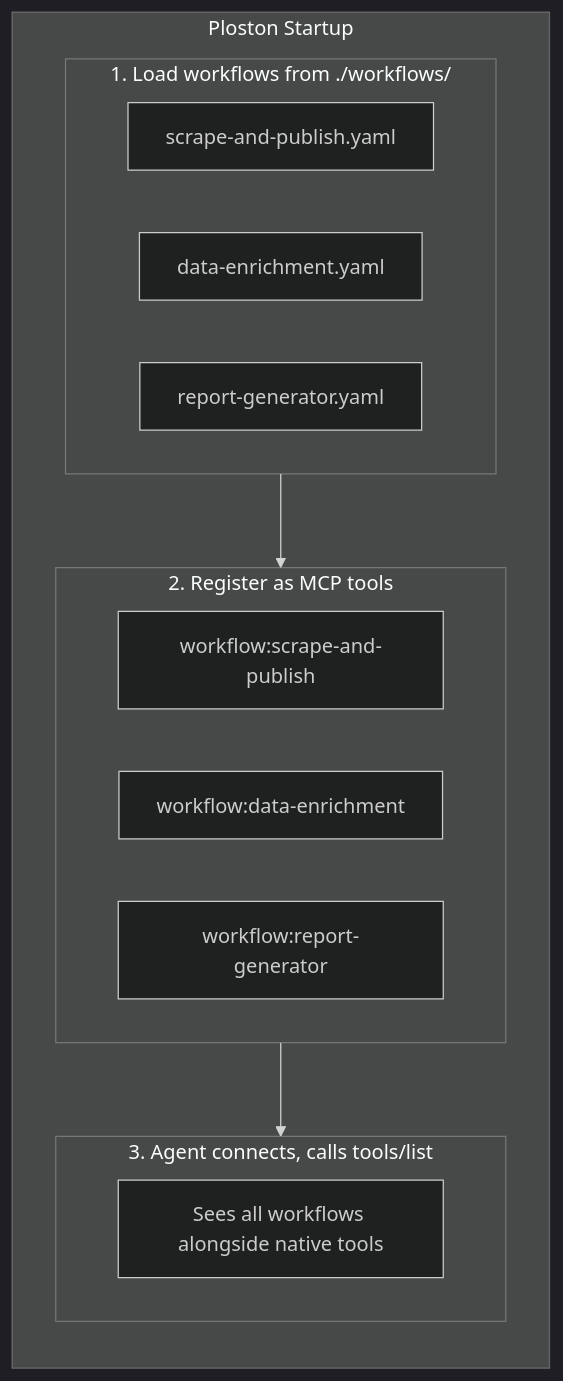
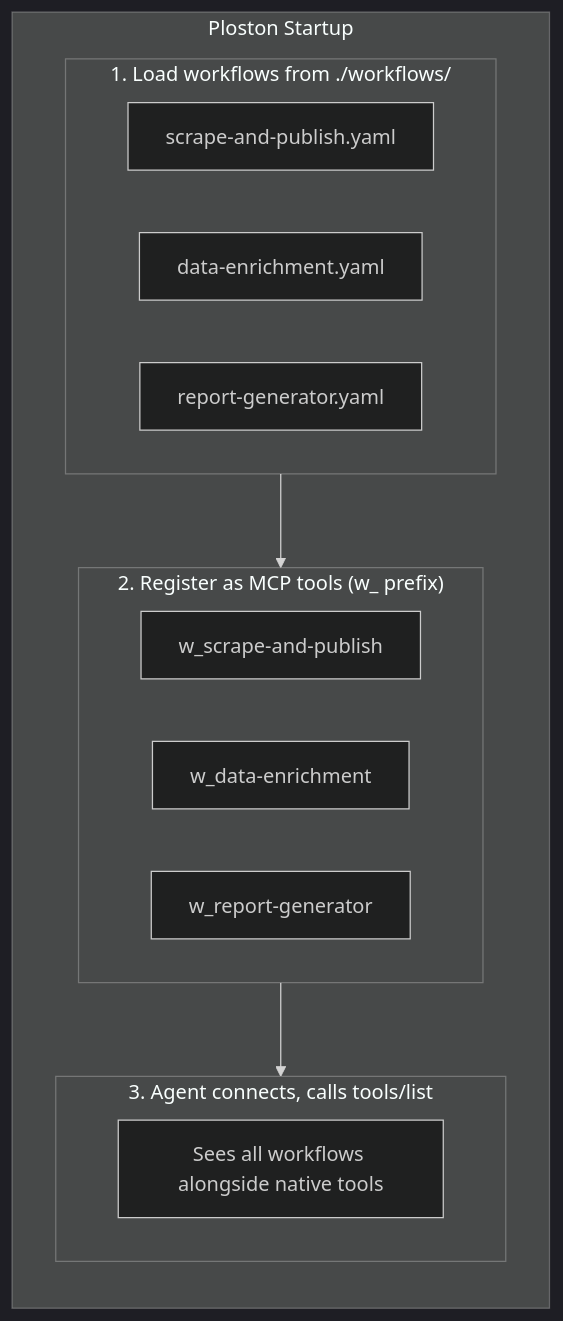
One commit to ostanlabs/ael_documentation changed the first of 2 diagrams in docs/concepts/workflows-as-tools.md. Above: the diagram before and after it, drawn with Mermaid (dark theme). The commit also changed other lines of this file and 20 other files, not shown here.

````diff
--- a/docs/concepts/workflows-as-tools.md
+++ b/docs/concepts/workflows-as-tools.md
@@ -17,24 +17,24 @@
 ```mermaid
 flowchart TB
     subgraph Startup["Ploston Startup"]
         direction TB
 
         subgraph Load["1. Load workflows from ./workflows/"]
             W1["scrape-and-publish.yaml"]
             W2["data-enrichment.yaml"]
             W3["report-generator.yaml"]
         end
 
-        subgraph Register["2. Register as MCP tools"]
-            T1["workflow:scrape-and-publish"]
-            T2["workflow:data-enrichment"]
-            T3["workflow:report-generator"]
+        subgraph Register["2. Register as MCP tools (w_ prefix)"]
+            T1["w_scrape-and-publish"]
+            T2["w_data-enrichment"]
+            T3["w_report-generator"]
         end
 
         subgraph Discover["3. Agent connects, calls tools/list"]
             D1["Sees all workflows alongside native tools"]
         end
 
         Load --> Register --> Discover
     end
 ```
````
